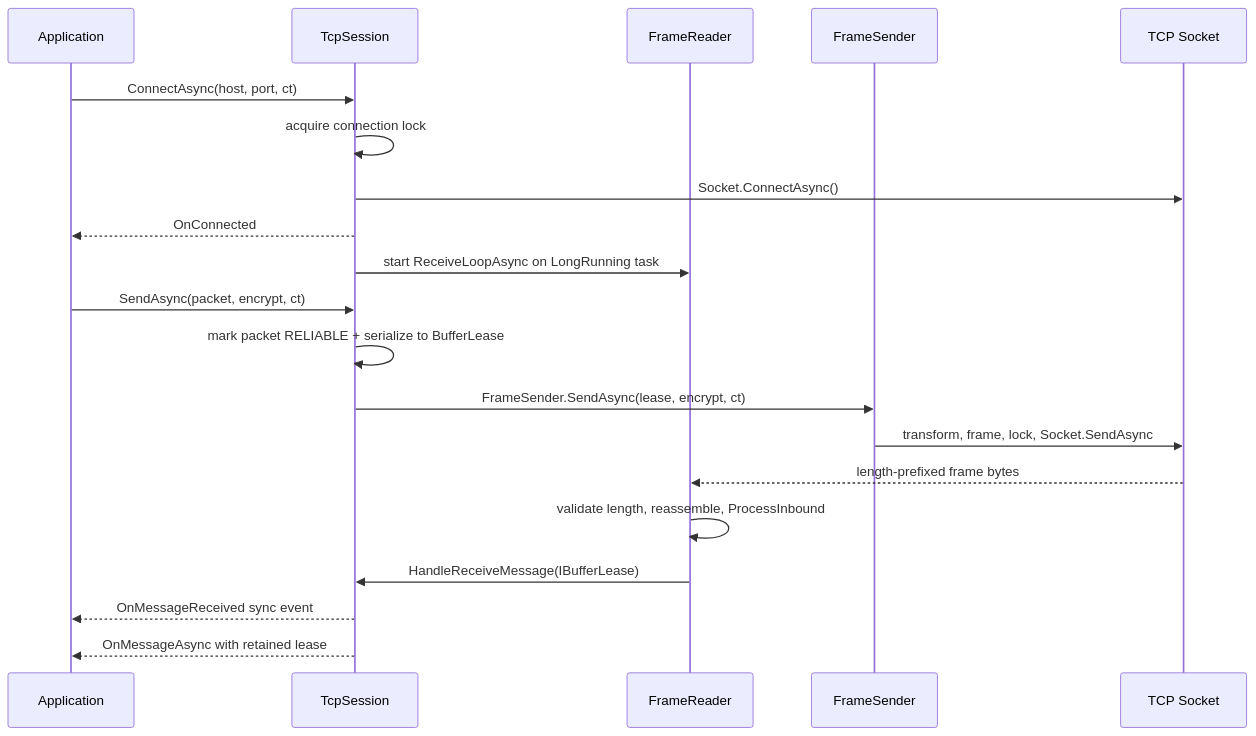
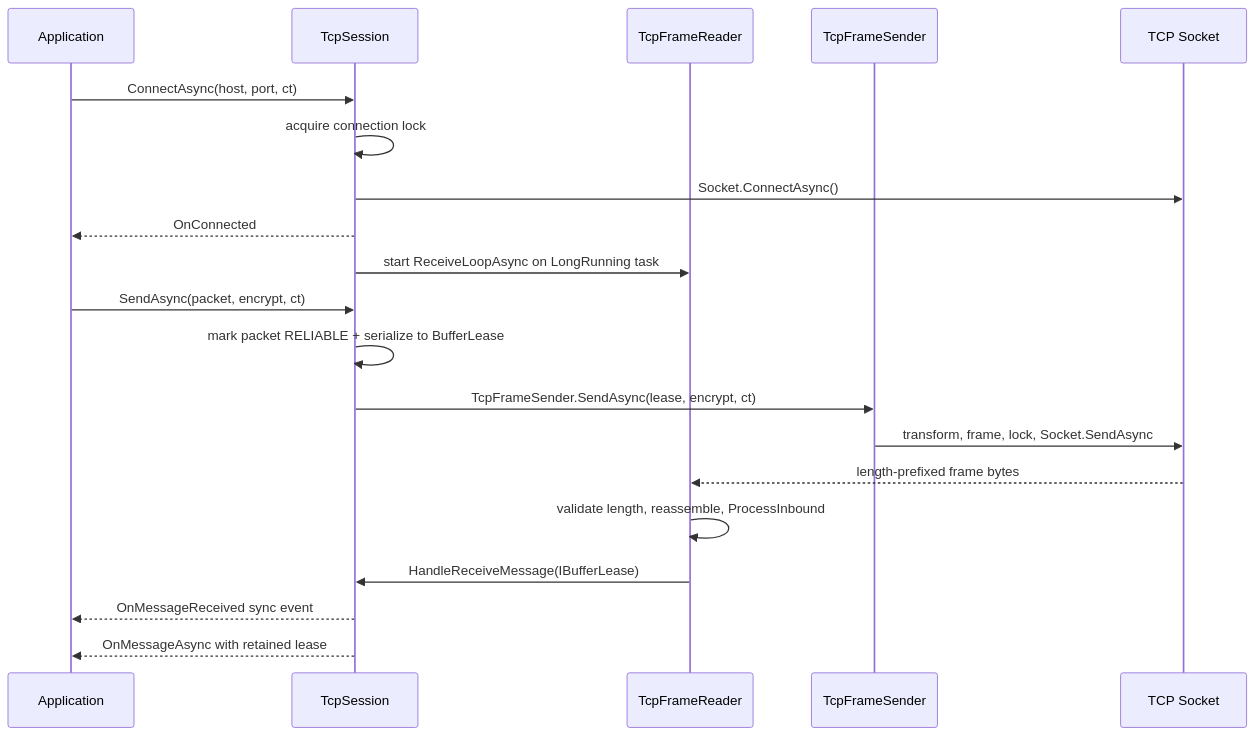
The diagram in docs/api/sdk/tcp-session.md (ppn-systems/Nalix), drawn with Mermaid before and after one commit. The commit also changed other lines of this file and 59 other files, not shown here.

````diff
--- a/docs/api/sdk/tcp-session.md
+++ b/docs/api/sdk/tcp-session.md
@@ -10,23 +10,23 @@
 ```mermaid
 sequenceDiagram
     participant A as Application
     participant S as TcpSession
-    participant R as FrameReader
-    participant W as FrameSender
+    participant R as TcpFrameReader
+    participant W as TcpFrameSender
     participant N as TCP Socket
-
+ 
     A->>S: ConnectAsync(host, port, ct)
     S->>S: acquire connection lock
     S->>N: Socket.ConnectAsync()
     S-->>A: OnConnected
     S->>R: start ReceiveLoopAsync on LongRunning task
     A->>S: SendAsync(packet, encrypt, ct)
     S->>S: mark packet RELIABLE + serialize to BufferLease
-    S->>W: FrameSender.SendAsync(lease, encrypt, ct)
+    S->>W: TcpFrameSender.SendAsync(lease, encrypt, ct)
     W->>N: transform, frame, lock, Socket.SendAsync
     N-->>R: length-prefixed frame bytes
     R->>R: validate length, reassemble, ProcessInbound
     R->>S: HandleReceiveMessage(IBufferLease)
     S-->>A: OnMessageReceived sync event
     S-->>A: OnMessageAsync with retained lease
 ```
````
